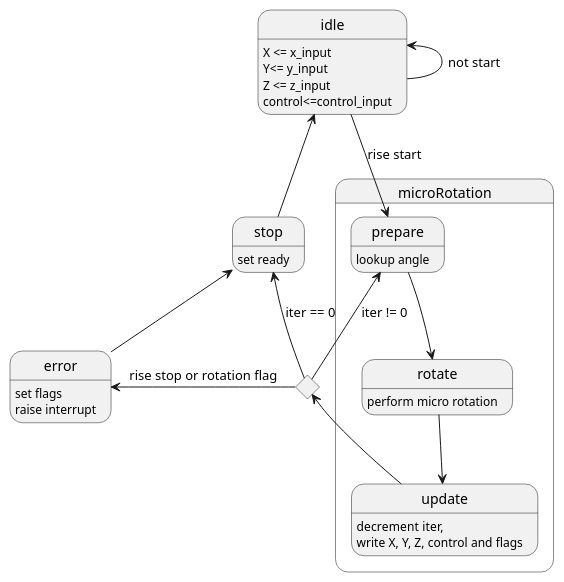
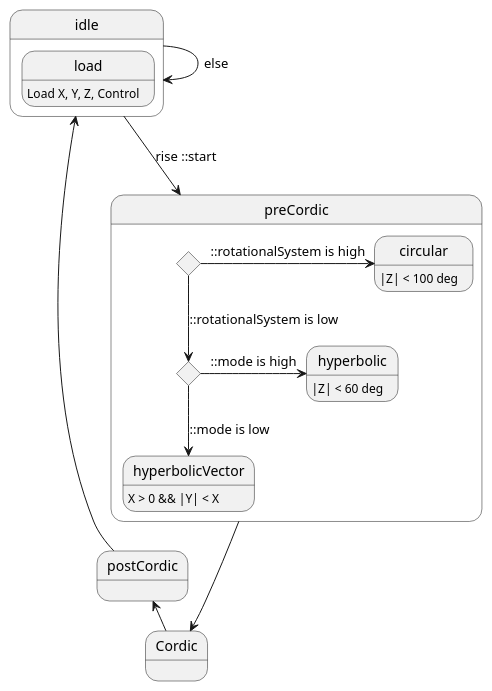
One commit to Ashwin-Rajesh/Cordic_accelerator changed the diagram in docs/controller.iuml. Above: the diagram before and after it, drawn with PlantUML. The commit also changed 2 other files, not shown here.

Commit message:
modified state diagram, modified bus interface

```diff
--- a/docs/controller.iuml
+++ b/docs/controller.iuml
@@ -1,32 +1,32 @@
-@startuml Controller
-state idle : X <= x_input\nY<= y_input\nZ <= z_input\ncontrol<=control_input
-idle -left-> idle : not start
-
-state c <<choice>>
-state microRotation{
-    state prepare : lookup angle
-    
-    state rotate : perform micro rotation
-    prepare -down-> rotate
-
-    state update : decrement iter,\nwrite X, Y, Z, control and flags
-    rotate -down-> update
-    update -down-> c
+@startuml
+state idle {
+    state load : Load X, Y, Z, Control
 }
 
+state preCordic {
+    state rotationalSystem <<choice>>
+    state circular : |Z| < 100 deg
+    state hyperbolic : |Z| < 60 deg
+    rotationalSystem -> circular : ::rotationalSystem is high
+    state hyperbolicMode <<choice>>
+    rotationalSystem --> hyperbolicMode : ::rotationalSystem is low
+    hyperbolicMode -> hyperbolic : ::mode is high
+    hyperbolicMode --> hyperbolicVector : ::mode is low
+    state hyperbolicVector : X > 0 && |Y| < X
+    
+}
 
+state Cordic {
 
-c -right-> prepare : iter != 0
+}
 
-idle --> prepare : rise start
+state postCordic {
 
-state stop : set ready
+}
 
-c -left-> stop : iter == 0
-stop -up-> idle
-
-state error : set flags\nraise interrupt
-
-c -left-> error : rise stop or rotation flag
-error -up-> stop
+idle --> preCordic : rise ::start 
+idle -> idle : else
+preCordic -down-> Cordic 
+Cordic -left-> postCordic
+postCordic -up-> idle
 @enduml
```
